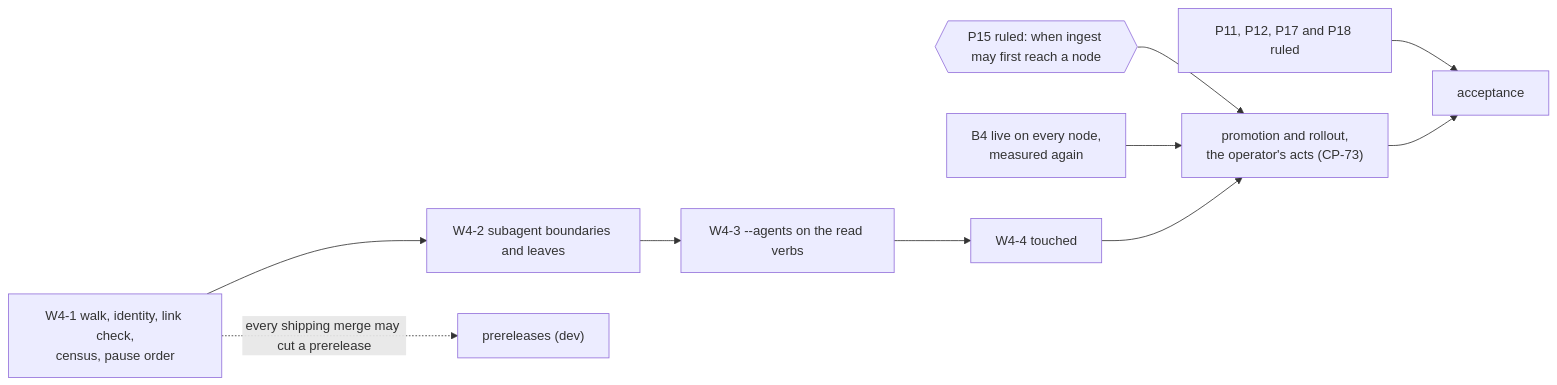
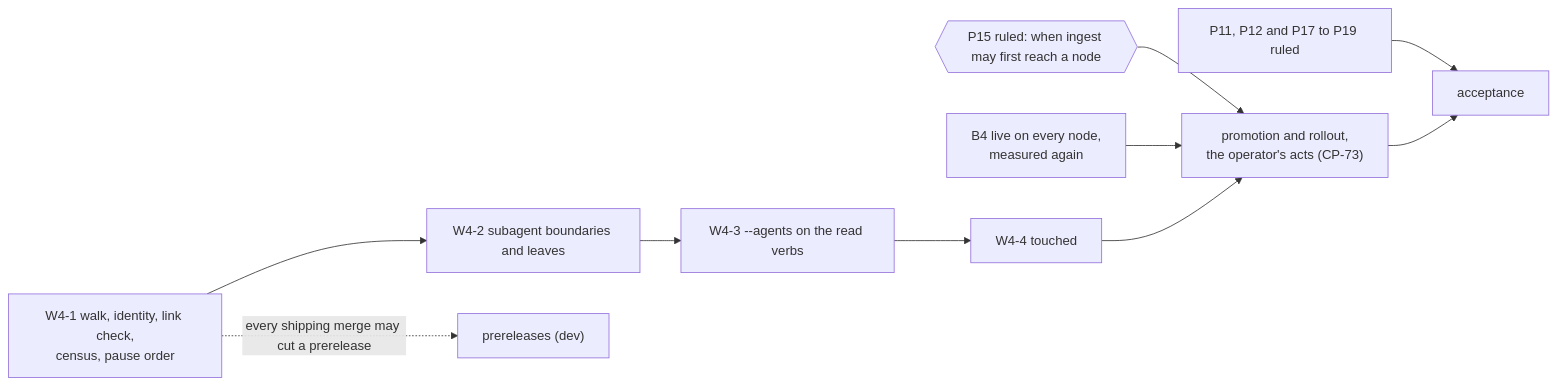
One commit to Synapsium-Labs/ccrc-pwa changed the third of 3 diagrams in docs/superpowers/specs/2026-10-29-ccrc-history-w4-subagents-touched-design.md. Above: the diagram before and after it, drawn with Mermaid. The commit also changed other lines of this file and 1 other file, not shown here.

````diff
--- a/docs/superpowers/specs/2026-10-29-ccrc-history-w4-subagents-touched-design.md
+++ b/docs/superpowers/specs/2026-10-29-ccrc-history-w4-subagents-touched-design.md
@@ -549,12 +594,12 @@
 ```mermaid
 flowchart LR
   W1["W4-1 walk, identity, link check,<br/>census, pause order"] --> W2["W4-2 subagent boundaries and leaves"]
   W2 --> W3["W4-3 --agents on the read verbs"]
   W3 --> W4["W4-4 touched"]
   W1 -. "every shipping merge may cut a prerelease" .-> PR["prereleases (dev)"]
   S{{"P15 ruled: when ingest may first reach a node"}} --> R["promotion and rollout,<br/>the operator's acts (CP-73)"]
   P["B4 live on every node,<br/>measured again"] --> R
   W4 --> R
-  D["P11, P12, P17 and P18 ruled"] --> AC["acceptance"]
+  D["P11, P12 and P17 to P19 ruled"] --> AC["acceptance"]
   R --> AC
 ```
````
